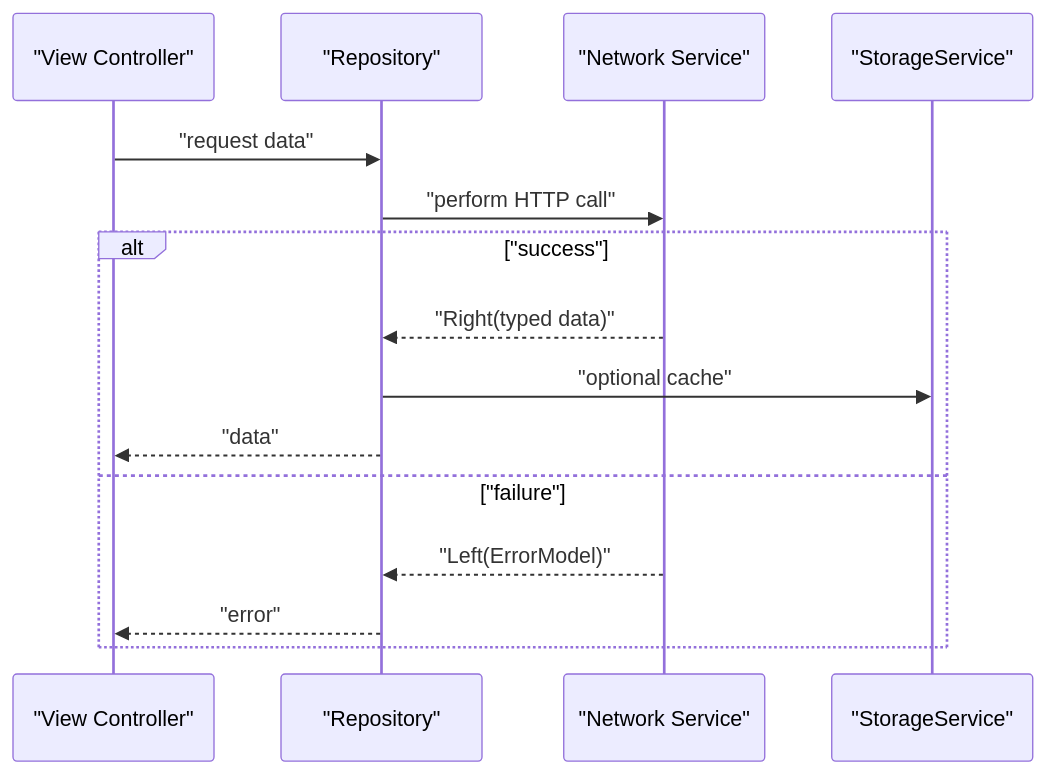
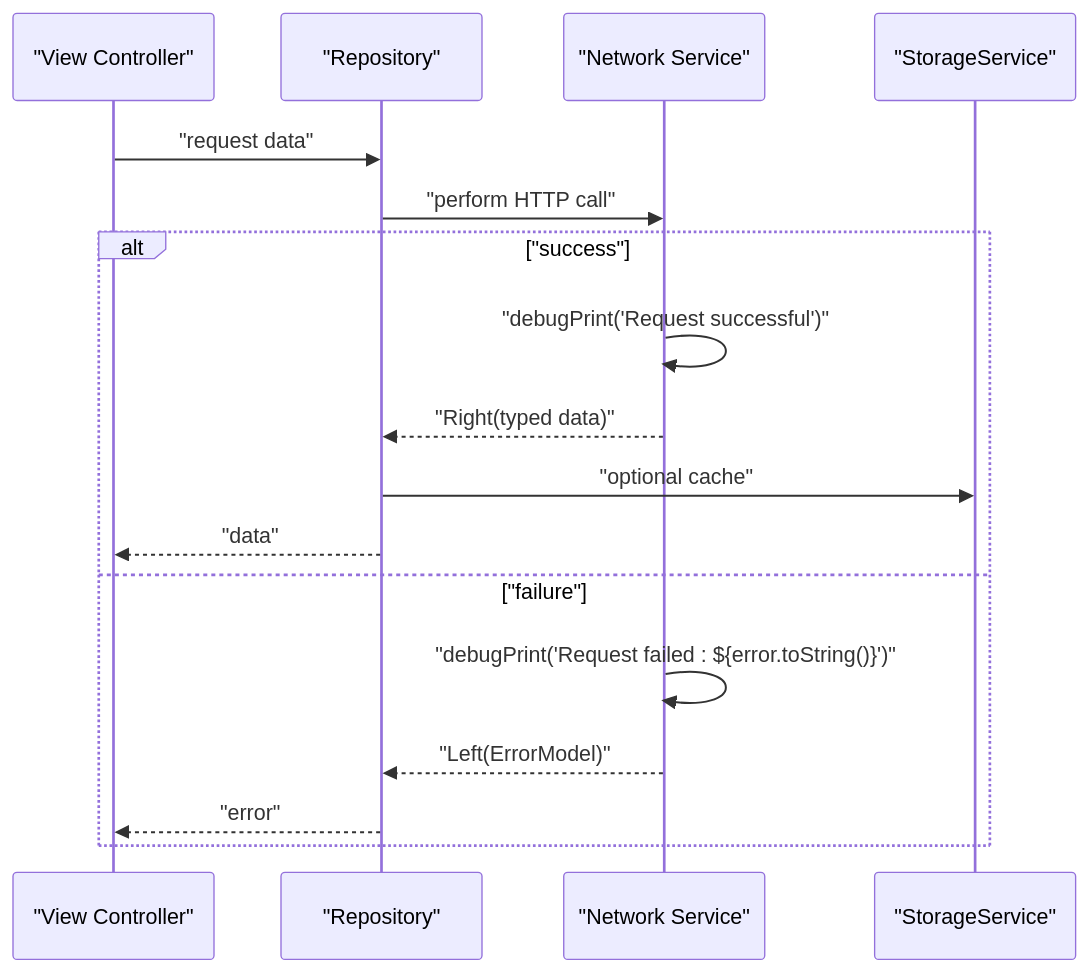
The eighth of 10 diagrams in .qoder/repowiki/en/content/Architecture Overview/Data Layer Architecture.md (Ariful3111/FurniGo), drawn with Mermaid before and after one commit. The commit also changed other lines of this file and 8 other files, not shown here.

````diff
--- a/.qoder/repowiki/en/content/Architecture Overview/Data Layer Architecture.md
+++ b/.qoder/repowiki/en/content/Architecture Overview/Data Layer Architecture.md
@@ -407,17 +492,19 @@
 ```mermaid
 sequenceDiagram
 participant VC as "View Controller"
 participant Repo as "Repository"
 participant Net as "Network Service"
 participant Store as "StorageService"
 VC->>Repo : "request data"
 Repo->>Net : "perform HTTP call"
 alt "success"
+Net->>Net : "debugPrint('Request successful')"
 Net-->>Repo : "Right(typed data)"
 Repo->>Store : "optional cache"
 Repo-->>VC : "data"
 else "failure"
+Net->>Net : "debugPrint('Request failed : ${error.toString()}')"
 Net-->>Repo : "Left(ErrorModel)"
 Repo-->>VC : "error"
 end
 ```
````
